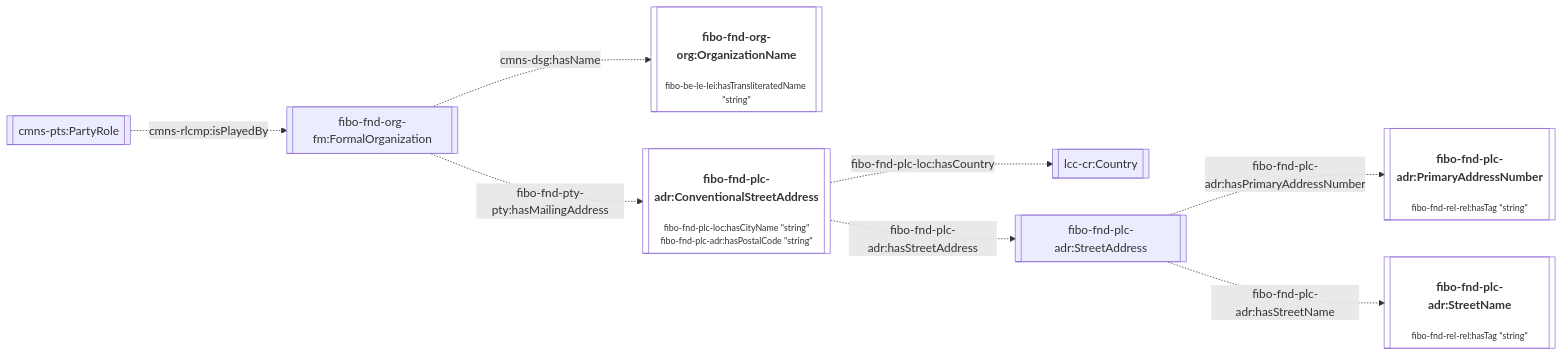
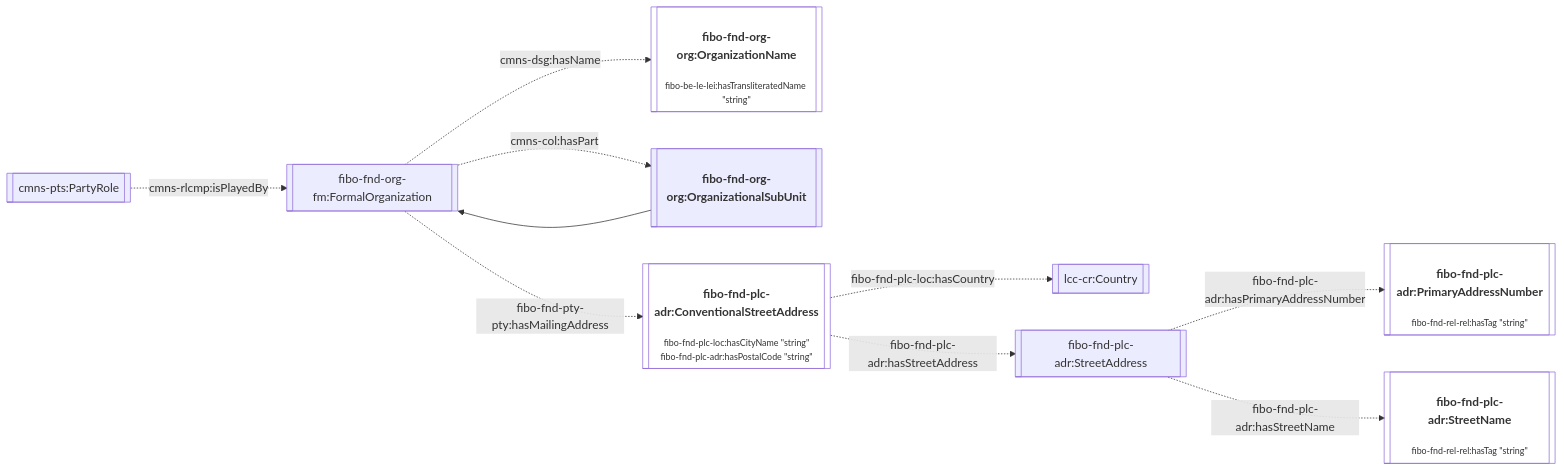
Before and after one commit to cambridge-cares/TheWorldAvatar: the sixth of 10 diagrams in JPS_Ontology/ontology/ontoprofile/README.MD, drawn with Mermaid. The commit also changed other lines of this file, not shown here.

````diff
--- a/JPS_Ontology/ontology/ontoprofile/README.MD
+++ b/JPS_Ontology/ontology/ontoprofile/README.MD
@@ -137,19 +137,21 @@
 ```mermaid
 flowchart LR
     %% Styling
     classDef literal fill:none
     classDef node overflow-wrap:break-word,text-wrap:pretty
     linkStyle default overflow-wrap:break-word,text-wrap:pretty;
 
     %% Contents
     PartyRole[[cmns-pts:PartyRole]] -. cmns-rlcmp:isPlayedBy .-> Organisation[[fibo-fnd-org-fm:FormalOrganization]]
     Organisation -. cmns-dsg:hasName .-> OrganizationName[["<h4>fibo-fnd-org-org:OrganizationName</h4><p style='font-size:0.75rem;'>fibo-be-le-lei:hasTransliteratedName &quot;string&quot;</p>"]]:::literal
+    Organisation -. cmns-col:hasPart .-> OrganizationalSubUnit[[<h4>fibo-fnd-org-org:OrganizationalSubUnit]]
+    OrganizationalSubUnit --> Organisation
 
     Organisation -. fibo-fnd-pty-pty:hasMailingAddress .-> ConventionalStreetAddress[["<h4>fibo-fnd-plc-adr:ConventionalStreetAddress</h4><p style='font-size:0.75rem;'>fibo-fnd-plc-loc:hasCityName &quot;string&quot;<br>fibo-fnd-plc-adr:hasPostalCode &quot;string&quot;</p>"]]:::literal
 
     ConventionalStreetAddress -. fibo-fnd-plc-loc:hasCountry .-> Country[[lcc-cr:Country]]
     ConventionalStreetAddress -. fibo-fnd-plc-adr:hasStreetAddress .-> StreetAddress[[fibo-fnd-plc-adr:StreetAddress]]
 
     StreetAddress -. fibo-fnd-plc-adr:hasPrimaryAddressNumber .-> PrimaryAddressNumber[["<h4>fibo-fnd-plc-adr:PrimaryAddressNumber</h4><p style='font-size:0.75rem;'>fibo-fnd-rel-rel:hasTag &quot;string&quot;</p>"]]:::literal
     StreetAddress -. fibo-fnd-plc-adr:hasStreetName .-> StreetName[["<h4>fibo-fnd-plc-adr:StreetName</h4><p style='font-size:0.75rem;'>fibo-fnd-rel-rel:hasTag &quot;string&quot;</p>"]]:::literal
 ```
````
